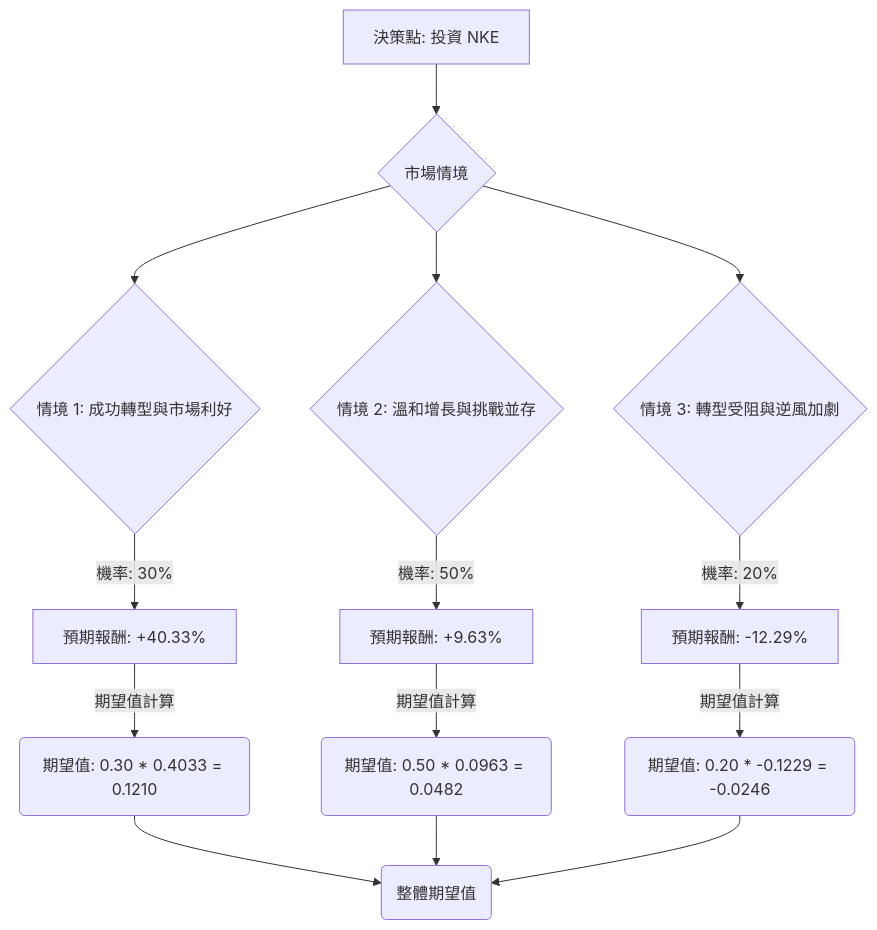
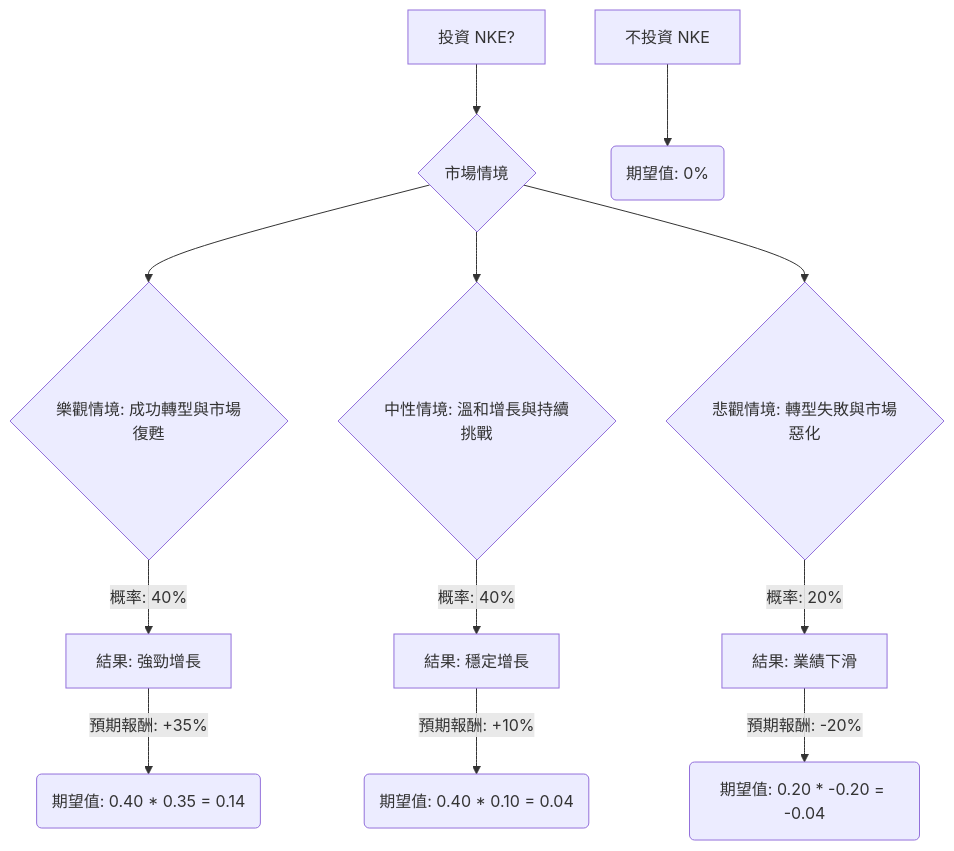
Before and after one commit to zmcx16/zmcx16.github.io: the diagram in plugin-react/ai-analysis/ev-analysis/NKE.md, drawn with Mermaid. The commit also changed other lines of this file and 82 other files, not shown here.

````diff
--- a/plugin-react/ai-analysis/ev-analysis/NKE.md
+++ b/plugin-react/ai-analysis/ev-analysis/NKE.md
@@ -57,18 +37,18 @@
 ```mermaid
 graph TD
-    A[決策點: 投資 NKE] --> B{市場情境}
+    A[投資 NKE?] --> B{市場情境}
 
-    B --> C{情境 1: 成功轉型與市場利好}
-    C -- 機率: 30% --> C1[預期報酬: +40.33%]
-    C1 -- 期望值計算 --> C2(期望值: 0.30 * 0.4033 = 0.1210)
+    B --> C{樂觀情境: 成功轉型與市場復甦}
+    C -- 概率: 40% --> C1[結果: 強勁增長]
+    C1 -- 預期報酬: +35% --> C2(期望值: 0.40 * 0.35 = 0.14)
 
-    B --> D{情境 2: 溫和增長與挑戰並存}
-    D -- 機率: 50% --> D1[預期報酬: +9.63%]
-    D1 -- 期望值計算 --> D2(期望值: 0.50 * 0.0963 = 0.0482)
+    B --> D{中性情境: 溫和增長與持續挑戰}
+    D -- 概率: 40% --> D1[結果: 穩定增長]
+    D1 -- 預期報酬: +10% --> D2(期望值: 0.40 * 0.10 = 0.04)
 
-    B --> E{情境 3: 轉型受阻與逆風加劇}
-    E -- 機率: 20% --> E1[預期報酬: -12.29%]
-    E1 -- 期望值計算 --> E2(期望值: 0.20 * -0.1229 = -0.0246)
+    B --> E{悲觀情境: 轉型失敗與市場惡化}
+    E -- 概率: 20% --> E1[結果: 業績下滑]
+    E1 -- 預期報酬: -20% --> E2(期望值: 0.20 * -0.20 = -0.04)
 
-    C2 & D2 & E2 --> F(整體期望值)
+    F[不投資 NKE] --> F1(期望值: 0%)
 ```
````
